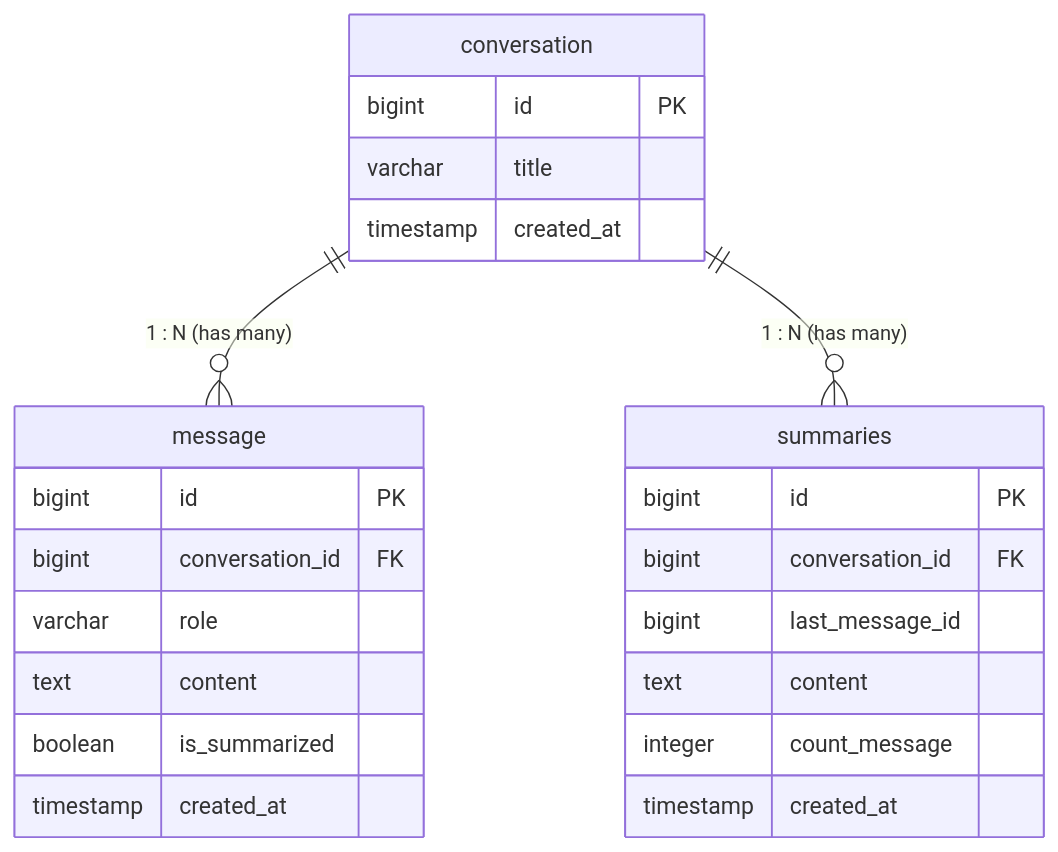
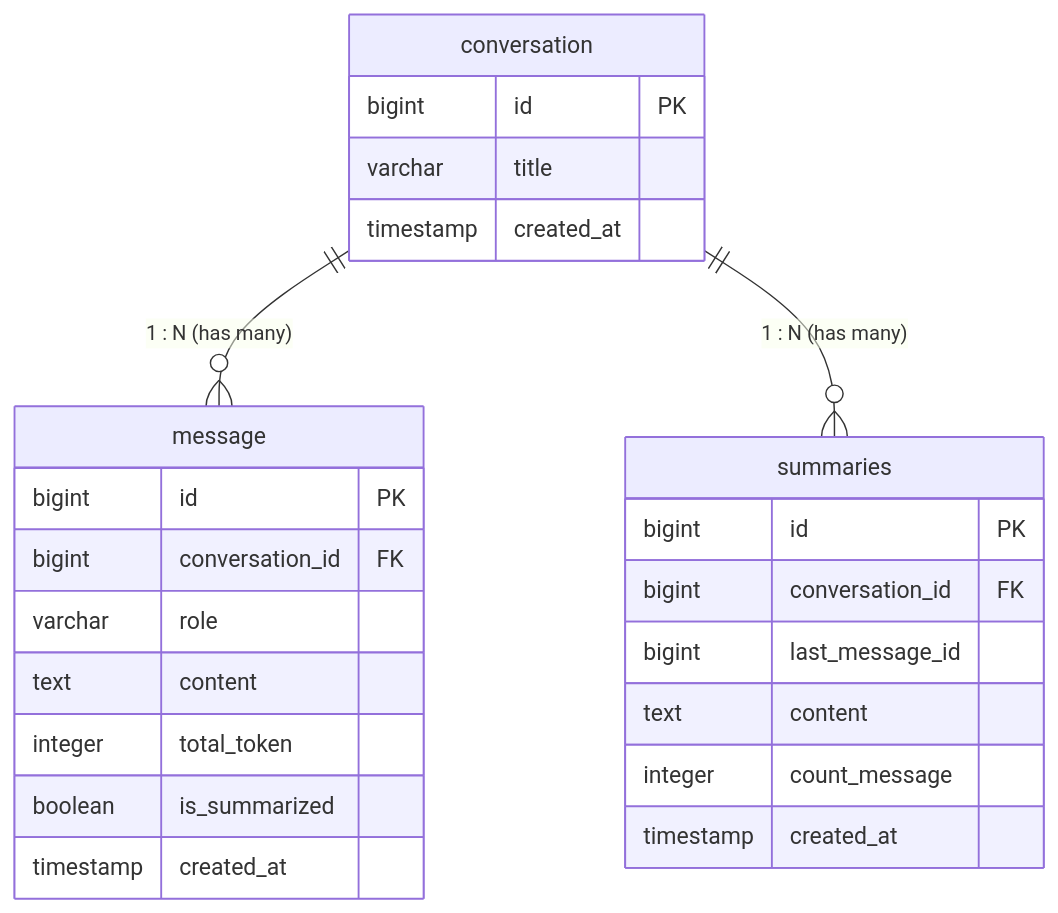
The diagram in README.md (RP-Guruh/spring-shell-ai), drawn with Mermaid before and after one commit. The commit also changed other lines of this file and 7 other files, not shown here.

````diff
--- a/README.md
+++ b/README.md
@@ -75,29 +75,30 @@
 ```mermaid
 erDiagram
     conversation ||--o{ message : "1 : N (has many)"
     conversation ||--o{ summaries : "1 : N (has many)"
 
     conversation {
         bigint id PK
         varchar title
         timestamp created_at
     }
 
     message {
         bigint id PK
         bigint conversation_id FK
         varchar role
         text content
+        integer total_token
         boolean is_summarized
         timestamp created_at
     }
 
     summaries {
         bigint id PK
         bigint conversation_id FK
         bigint last_message_id
         text content
         integer count_message
         timestamp created_at
     }
 ```
````
